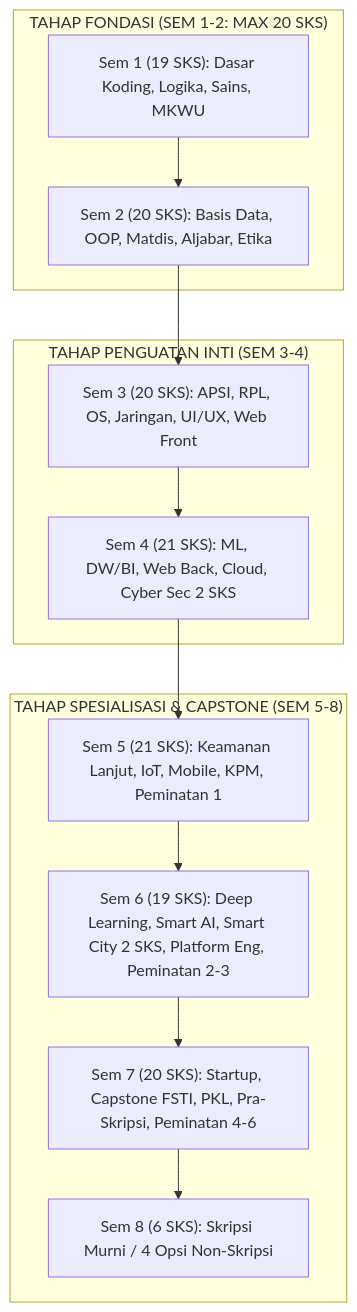
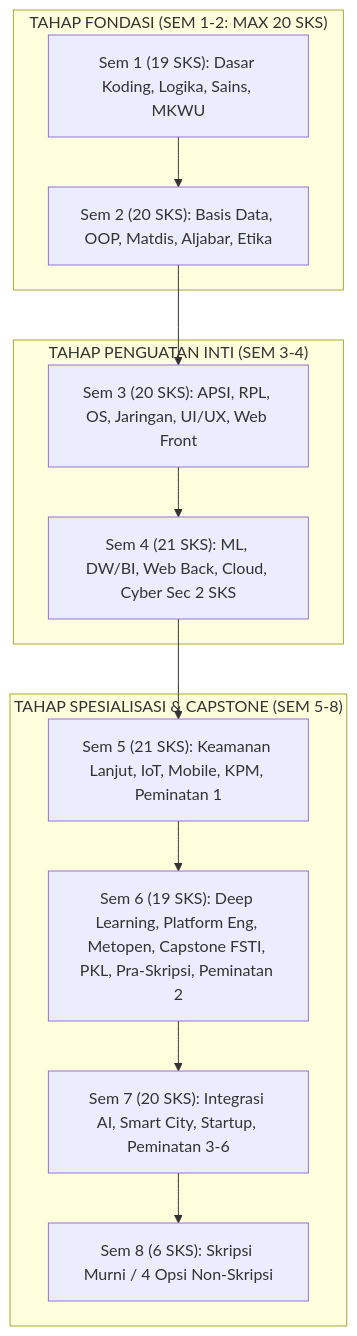
One commit to haisyamalawwab/--BRAINSTORMING_KURIKULUM2026 changed the diagram in KURIKULUM2026_REVISI/005_STRUKTUR_KURIKULUM_8_SEMESTER_DAN_PEMINATAN.md. Above: the diagram before and after it, drawn with Mermaid. The commit also changed other lines of this file, not shown here.

````diff
--- a/KURIKULUM2026_REVISI/005_STRUKTUR_KURIKULUM_8_SEMESTER_DAN_PEMINATAN.md
+++ b/KURIKULUM2026_REVISI/005_STRUKTUR_KURIKULUM_8_SEMESTER_DAN_PEMINATAN.md
@@ -11,18 +11,18 @@
 ```mermaid
 graph TD
     subgraph S12 ["TAHAP FONDASI (SEM 1-2: MAX 20 SKS)"]
         S1["Sem 1 (19 SKS): Dasar Koding, Logika, Sains, MKWU"] --> S2["Sem 2 (20 SKS): Basis Data, OOP, Matdis, Aljabar, Etika"]
     end
 
     subgraph S34 ["TAHAP PENGUATAN INTI (SEM 3-4)"]
         S2 --> S3["Sem 3 (20 SKS): APSI, RPL, OS, Jaringan, UI/UX, Web Front"]
         S3 --> S4["Sem 4 (21 SKS): ML, DW/BI, Web Back, Cloud, Cyber Sec 2 SKS"]
     end
 
     subgraph S58 ["TAHAP SPESIALISASI & CAPSTONE (SEM 5-8)"]
         S4 --> S5["Sem 5 (21 SKS): Keamanan Lanjut, IoT, Mobile, KPM, Peminatan 1"]
-        S5 --> S6["Sem 6 (19 SKS): Deep Learning, Smart AI, Smart City 2 SKS, Platform Eng, Peminatan 2-3"]
-        S6 --> S7["Sem 7 (20 SKS): Startup, Capstone FSTI, PKL, Pra-Skripsi, Peminatan 4-6"]
+        S5 --> S6["Sem 6 (19 SKS): Deep Learning, Platform Eng, Metopen, Capstone FSTI, PKL, Pra-Skripsi, Peminatan 2"]
+        S6 --> S7["Sem 7 (20 SKS): Integrasi AI, Smart City, Startup, Peminatan 3-6"]
         S7 --> S8["Sem 8 (6 SKS): Skripsi Murni / 4 Opsi Non-Skripsi"]
     end
 ```
````
